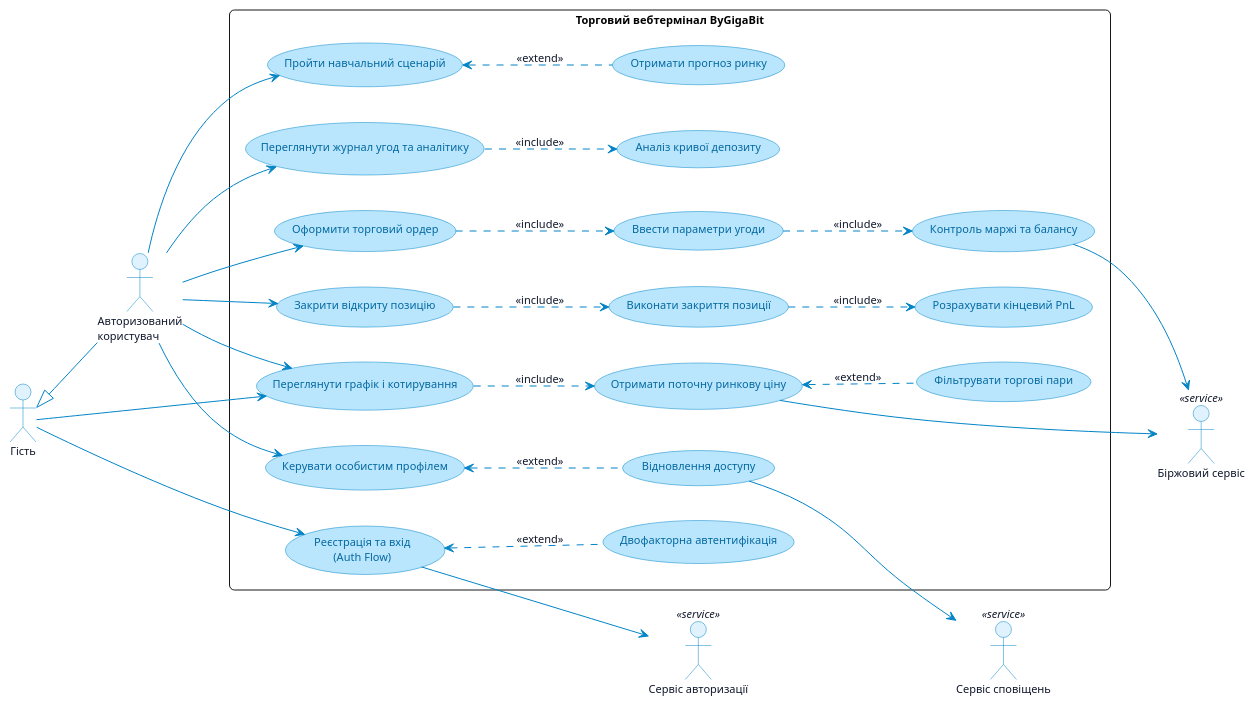
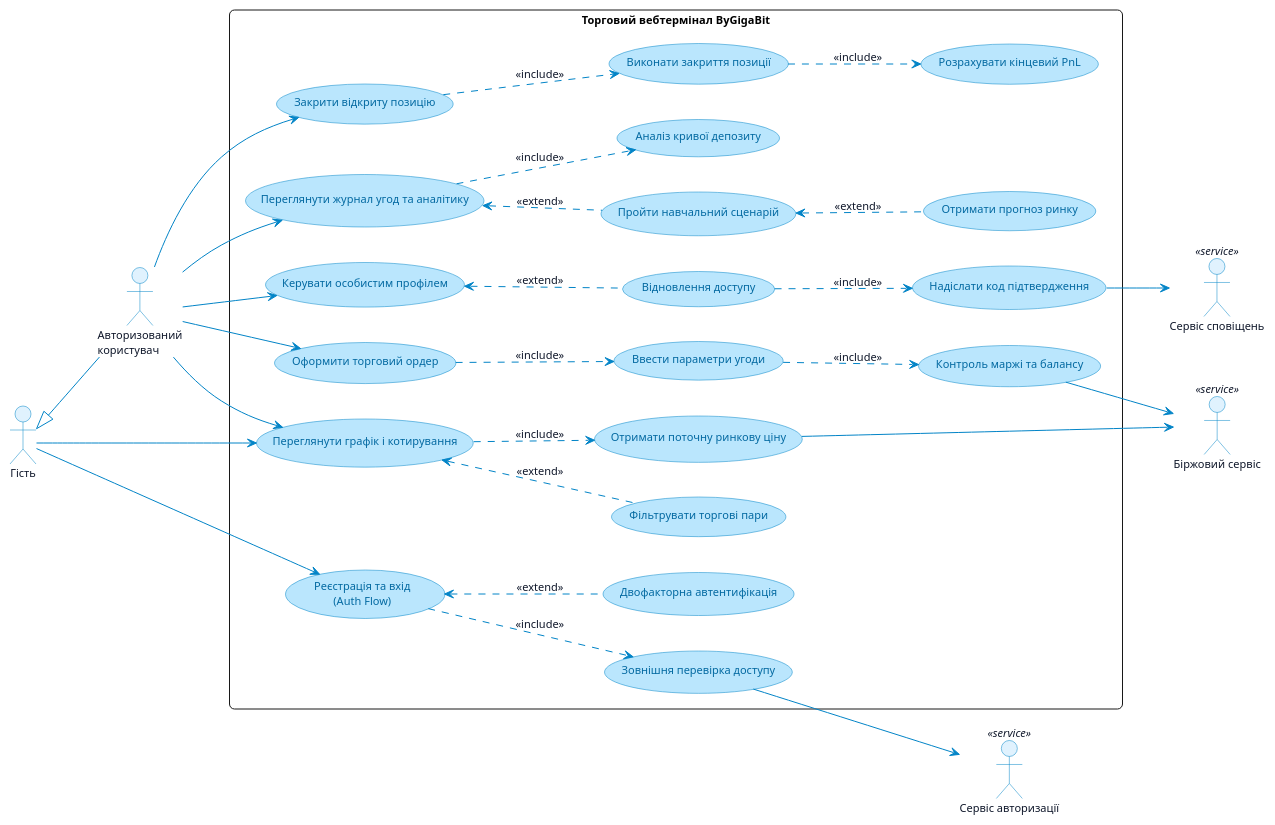
The diagram in diagrams/puml/01_use_case_user.puml (Hast1k/bygigabit), drawn with PlantUML before and after one commit. The commit also changed 10 other files, not shown here.

Commit message:
style(diagrams): add arrowheads to use case associations and align trader layout with admin organic style

```diff
--- a/diagrams/puml/01_use_case_user.puml
+++ b/diagrams/puml/01_use_case_user.puml
@@ -1,84 +1,93 @@
 @startuml
 skinparam backgroundColor #FFFFFF
 skinparam defaultFontName Arial
 skinparam defaultFontSize 11
 skinparam roundCorner 10
 skinparam shadowing false
 
 skinparam actor {
     borderColor #0284C7
     backgroundColor #E0F2FE
     fontColor #0F172A
 }
 skinparam usecase {
     borderColor #0284C7
     backgroundColor #BAE6FD
     fontColor #0369A1
 }
 skinparam arrow {
     color #0284C7
     fontColor #0F172A
 }
 
 left to right direction
 
 actor "Гість" as Guest
 actor "Авторизований\nкористувач" as User
 
 actor "Сервіс авторизації" as AuthService <<service>>
 actor "Сервіс сповіщень" as NotifyService <<service>>
 actor "Біржовий сервіс" as MarketService <<service>>
 
 User -up-|> Guest
 
 rectangle "Торговий вебтермінал ByGigaBit" {
     usecase "Реєстрація та вхід\n(Auth Flow)" as UC_Auth
     usecase "Двофакторна автентифікація" as UC_2FA
+    usecase "Зовнішня перевірка доступу" as UC_AuthExt
+
+    usecase "Керувати особистим профілем" as UC_Profile
     usecase "Відновлення доступу" as UC_Reset
-    usecase "Керувати особистим профілем" as UC_Profile
+    usecase "Надіслати код підтвердження" as UC_Mail
 
     usecase "Переглянути графік і котирування" as UC_Chart
+    usecase "Фільтрувати торгові пари" as UC_Filter
     usecase "Отримати поточну ринкову ціну" as UC_Price
-    usecase "Фільтрувати торгові пари" as UC_Filter
 
     usecase "Оформити торговий ордер" as UC_Order
     usecase "Ввести параметри угоди" as UC_Params
     usecase "Контроль маржі та балансу" as UC_Risk
 
     usecase "Закрити відкриту позицію" as UC_Close
     usecase "Виконати закриття позиції" as UC_Exec
     usecase "Розрахувати кінцевий PnL" as UC_PnL
 
+    usecase "Переглянути журнал угод та аналітику" as UC_Journal
+    usecase "Аналіз кривої депозиту" as UC_Curve
     usecase "Пройти навчальний сценарій" as UC_Scenario
     usecase "Отримати прогноз ринку" as UC_AI
-
-    usecase "Переглянути журнал угод та аналітику" as UC_Journal
-    usecase "Аналіз кривої депозиту" as UC_Curve
 }
 
 Guest --> UC_Auth
 Guest --> UC_Chart
 
 User --> UC_Profile
 User --> UC_Chart
 User --> UC_Order
 User --> UC_Close
-User --> UC_Scenario
 User --> UC_Journal
 
 UC_Auth <.. UC_2FA : <<extend>>
+UC_Auth ..> UC_AuthExt : <<include>>
+
 UC_Profile <.. UC_Reset : <<extend>>
+UC_Reset ..> UC_Mail : <<include>>
+
+UC_Chart <.. UC_Filter : <<extend>>
 UC_Chart ..> UC_Price : <<include>>
-UC_Price <.. UC_Filter : <<extend>>
+
 UC_Order ..> UC_Params : <<include>>
 UC_Params ..> UC_Risk : <<include>>
+
 UC_Close ..> UC_Exec : <<include>>
 UC_Exec ..> UC_PnL : <<include>>
+
+UC_Journal ..> UC_Curve : <<include>>
+UC_Journal <.. UC_Scenario : <<extend>>
 UC_Scenario <.. UC_AI : <<extend>>
-UC_Journal ..> UC_Curve : <<include>>
 
-UC_Auth --> AuthService
-UC_Reset --> NotifyService
+UC_AuthExt --> AuthService
+UC_Mail --> NotifyService
 UC_Price --> MarketService
 UC_Risk --> MarketService
 @enduml
```
